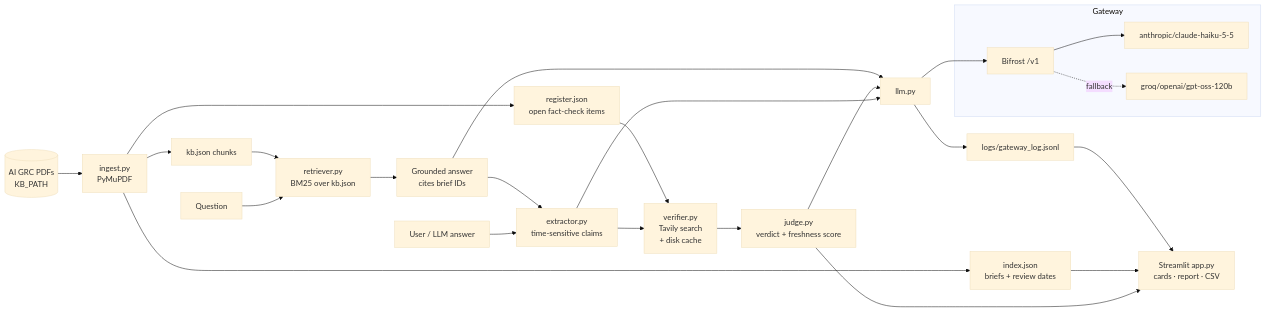
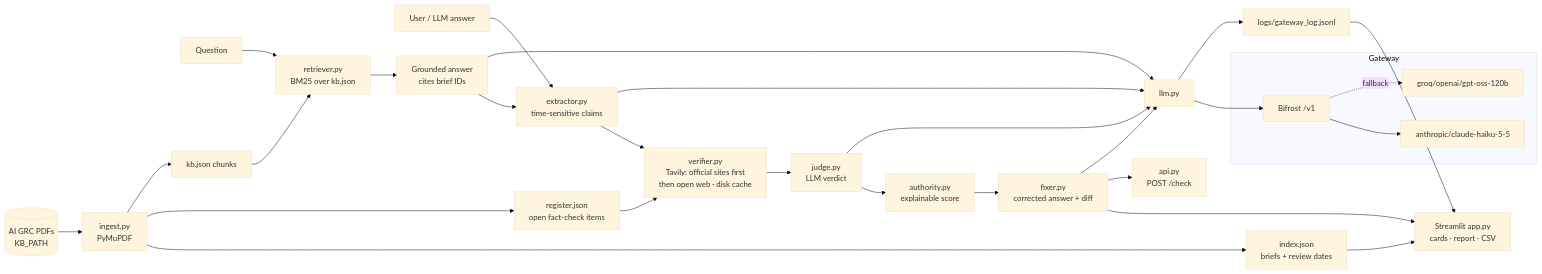
One commit to sxdkling-ops/policypulse changed the diagram in README.md. Above: the diagram before and after it, drawn with Mermaid (base theme). The commit also changed other lines of this file and 14 other files, not shown here.

First line of the commit message:
Official sources first, explainable score, corrected answer, /check API

````diff
--- a/README.md
+++ b/README.md
@@ -25,20 +50,23 @@
 ```mermaid
 flowchart LR
     U[User / LLM answer] --> X[extractor.py<br/>time-sensitive claims]
     Q[Question] --> R[retriever.py<br/>BM25 over kb.json] --> A[Grounded answer<br/>cites brief IDs] --> X
-    X --> V[verifier.py<br/>Tavily search<br/>+ disk cache]
-    V --> J[judge.py<br/>verdict + freshness score]
-    J --> UI[Streamlit app.py<br/>cards · report · CSV]
+    X --> V[verifier.py<br/>Tavily: official sites first<br/>then open web · disk cache]
+    V --> J[judge.py<br/>LLM verdict]
+    J --> S[authority.py<br/>explainable score]
+    S --> F[fixer.py<br/>corrected answer + diff]
+    F --> UI[Streamlit app.py<br/>cards · report · CSV]
+    F --> API[api.py<br/>POST /check]
     REG[register.json<br/>open fact-check items] --> V
     IDX[index.json<br/>briefs + review dates] --> UI
 
     subgraph Gateway
       B[Bifrost /v1] --> C[anthropic/claude-haiku-5-5]
       B -. fallback .-> G[groq/openai/gpt-oss-120b]
     end
-    X & J & A --> L[llm.py] --> B
+    X & J & A & F --> L[llm.py] --> B
     L --> LOG[logs/gateway_log.jsonl] --> UI
 
     KB[(AI GRC PDFs<br/>KB_PATH)] --> I[ingest.py<br/>PyMuPDF] --> IDX & REG & K[kb.json chunks]
     K --> R
 ```
````
